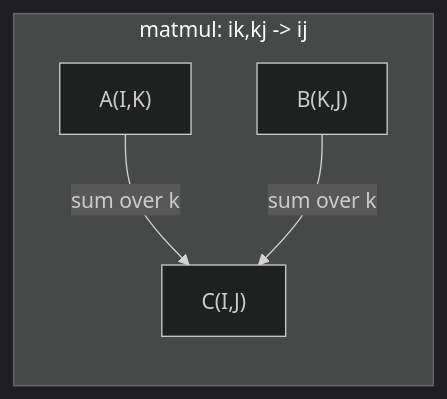
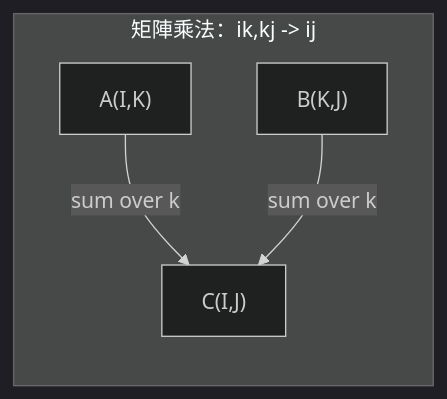
One commit to edward821220/ai-engineering-from-scratch changed the fourth of 4 diagrams in i18n/zh-TW/phases/01-math-foundations/12-tensor-operations/docs/zh-TW.md. Above: the diagram before and after it, drawn with Mermaid (dark theme). The commit also changed other lines of this file and 123 other files, not shown here.

````diff
--- a/i18n/zh-TW/phases/01-math-foundations/12-tensor-operations/docs/zh-TW.md
+++ b/i18n/zh-TW/phases/01-math-foundations/12-tensor-operations/docs/zh-TW.md
@@ -94,7 +94,7 @@
 ```mermaid
 graph LR
-    subgraph "matmul: ik,kj -> ij"
+    subgraph "矩陣乘法：ik,kj -> ij"
         A["A(I,K)"] --> |"sum over k"| C["C(I,J)"]
         B["B(K,J)"] --> |"sum over k"| C
     end
 ```
````
